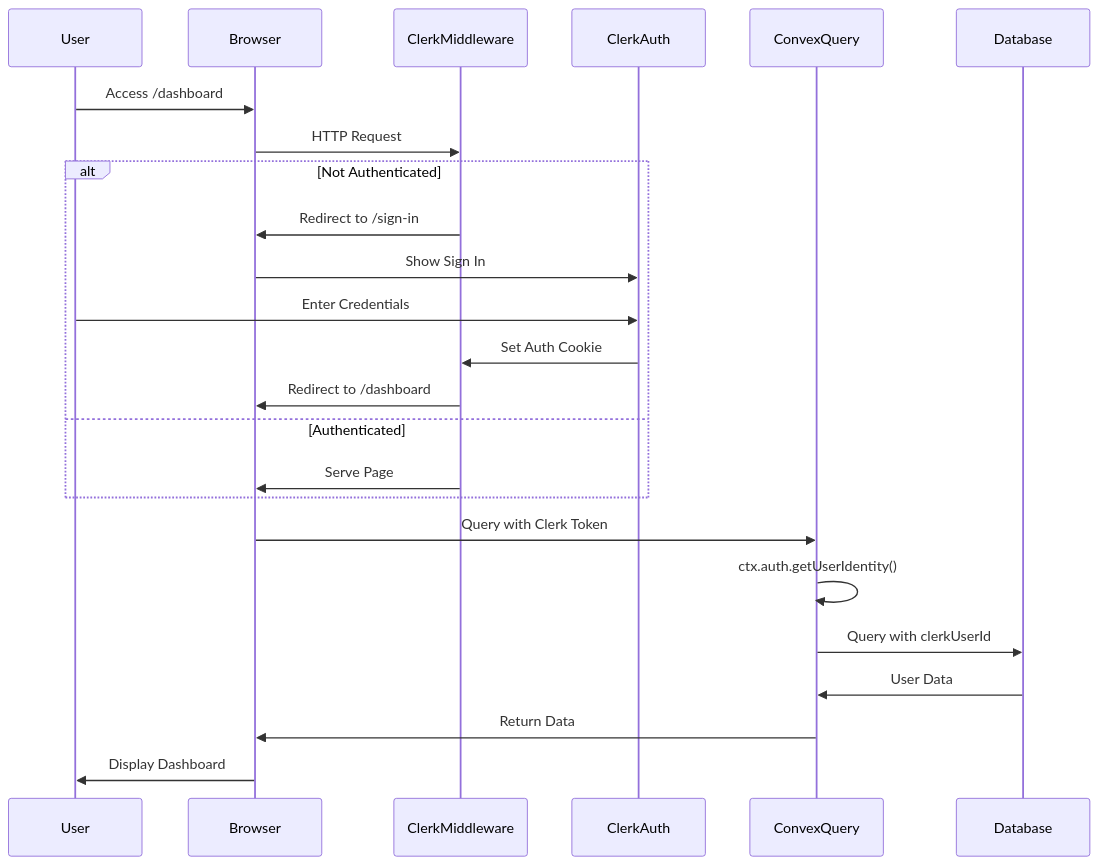
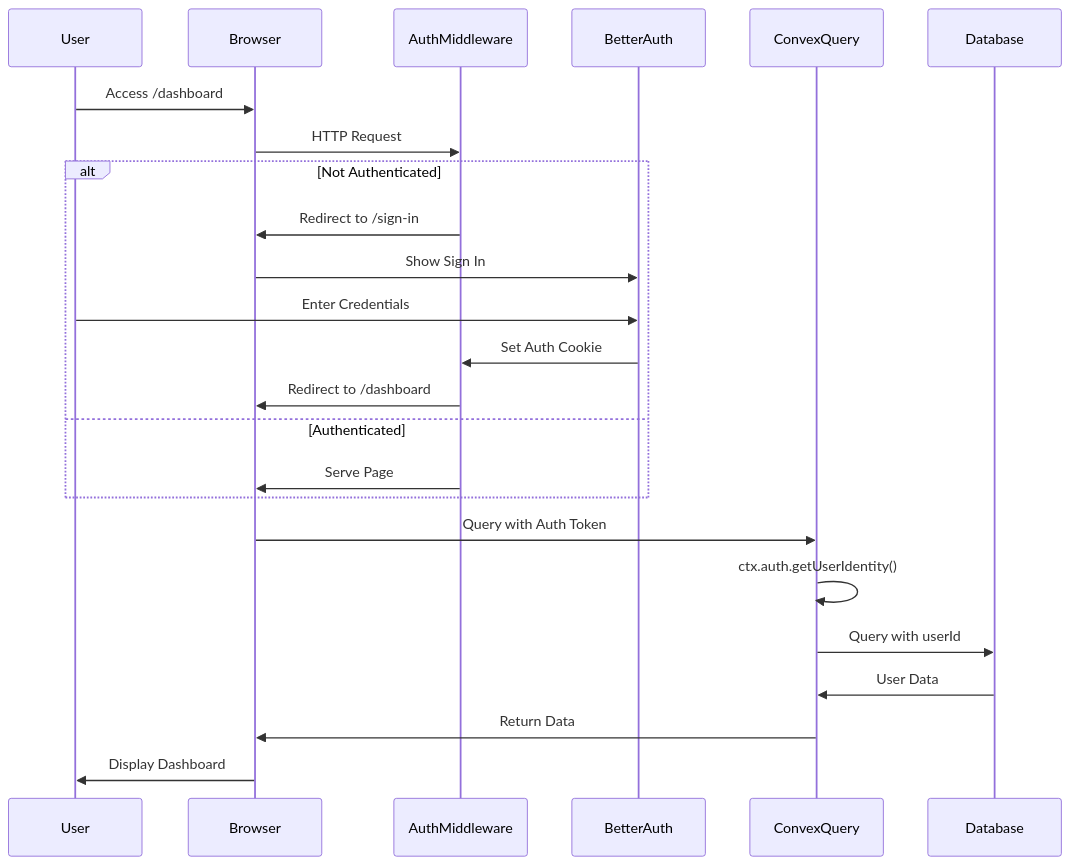
One commit to robertguss/social_post changed the third of 22 diagrams in docs/ARCHITECTURE_DIAGRAMS.md. Above: the diagram before and after it, drawn with Mermaid. The commit also changed other lines of this file and 32 other files, not shown here.

Commit message:
update references to Clerk to Better Auth

````diff
--- a/docs/ARCHITECTURE_DIAGRAMS.md
+++ b/docs/ARCHITECTURE_DIAGRAMS.md
@@ -107,29 +107,29 @@
 ```mermaid
 sequenceDiagram
     participant User
     participant Browser
-    participant ClerkMiddleware
-    participant ClerkAuth
+    participant AuthMiddleware
+    participant BetterAuth
     participant ConvexQuery
     participant Database
 
     User->>Browser: Access /dashboard
-    Browser->>ClerkMiddleware: HTTP Request
+    Browser->>AuthMiddleware: HTTP Request
 
     alt Not Authenticated
-        ClerkMiddleware->>Browser: Redirect to /sign-in
-        Browser->>ClerkAuth: Show Sign In
-        User->>ClerkAuth: Enter Credentials
-        ClerkAuth->>ClerkMiddleware: Set Auth Cookie
-        ClerkMiddleware->>Browser: Redirect to /dashboard
+        AuthMiddleware->>Browser: Redirect to /sign-in
+        Browser->>BetterAuth: Show Sign In
+        User->>BetterAuth: Enter Credentials
+        BetterAuth->>AuthMiddleware: Set Auth Cookie
+        AuthMiddleware->>Browser: Redirect to /dashboard
     else Authenticated
-        ClerkMiddleware->>Browser: Serve Page
+        AuthMiddleware->>Browser: Serve Page
     end
 
-    Browser->>ConvexQuery: Query with Clerk Token
+    Browser->>ConvexQuery: Query with Auth Token
     ConvexQuery->>ConvexQuery: ctx.auth.getUserIdentity()
-    ConvexQuery->>Database: Query with clerkUserId
+    ConvexQuery->>Database: Query with userId
     Database->>ConvexQuery: User Data
     ConvexQuery->>Browser: Return Data
     Browser->>User: Display Dashboard
 ```
````
